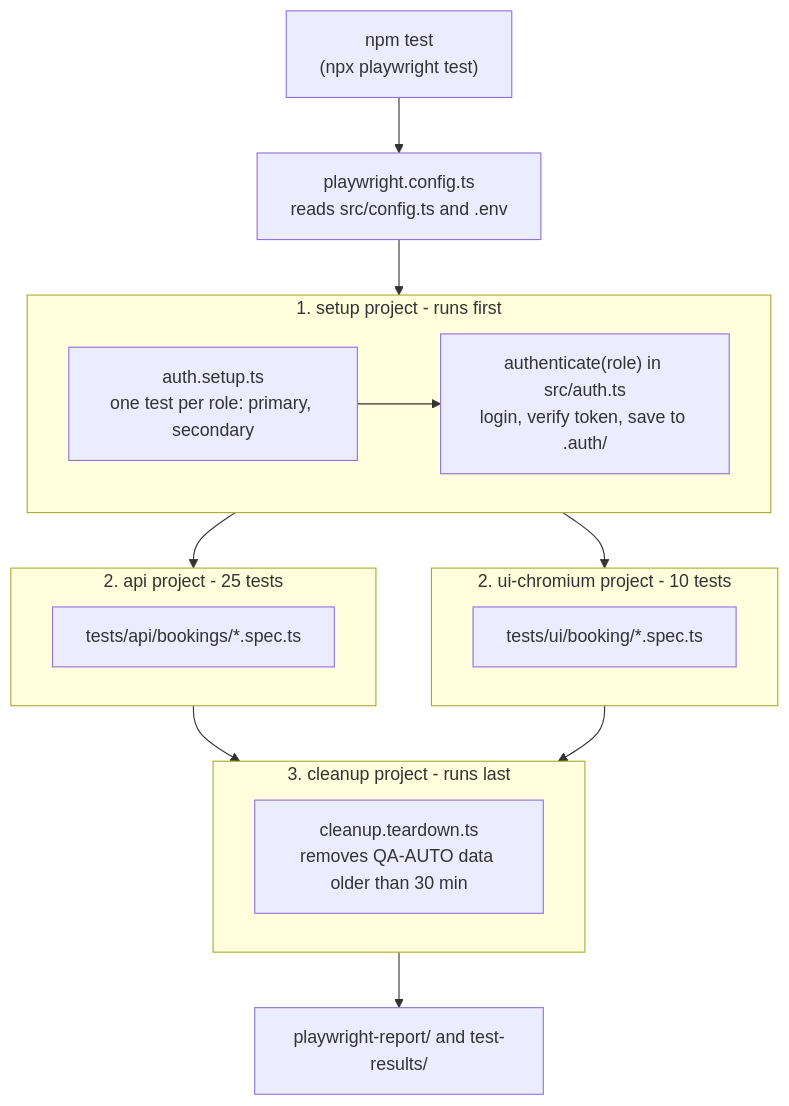
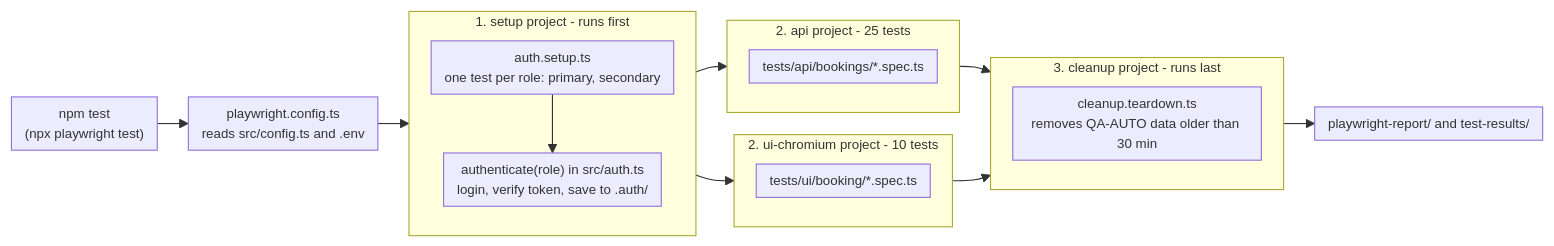
The first of 3 diagrams in README.md (Heba2h/eventhub-qa-automation), drawn with Mermaid before and after one commit. The commit also changed other lines of this file, not shown here.

Commit message:
docs: focus README on the assessment solution with compact diagrams

````diff
--- a/README.md
+++ b/README.md
@@ -125,29 +138,30 @@
 ```mermaid
-flowchart TD
+%%{init: {"themeVariables": {"fontSize": "12px"}, "flowchart": {"nodeSpacing": 20, "rankSpacing": 28, "padding": 6, "diagramPadding": 4}}}%%
+flowchart LR
   CMD["npm test<br/>(npx playwright test)"] --> CFG["playwright.config.ts<br/>reads src/config.ts and .env"]
   CFG --> SETUP
 
   subgraph SETUP["1. setup project - runs first"]
     S1["auth.setup.ts<br/>one test per role: primary, secondary"] --> S2["authenticate(role) in src/auth.ts<br/>login, verify token, save to .auth/"]
   end
 
   SETUP --> API
   SETUP --> UI
 
   subgraph API["2. api project - 25 tests"]
     A1["tests/api/bookings/*.spec.ts"]
   end
 
   subgraph UI["2. ui-chromium project - 10 tests"]
     U1["tests/ui/booking/*.spec.ts"]
   end
 
   API --> CLEAN
   UI --> CLEAN
 
   subgraph CLEAN["3. cleanup project - runs last"]
     C1["cleanup.teardown.ts<br/>removes QA-AUTO data older than 30 min"]
   end
 
   CLEAN --> REP["playwright-report/ and test-results/"]
 ```
````
